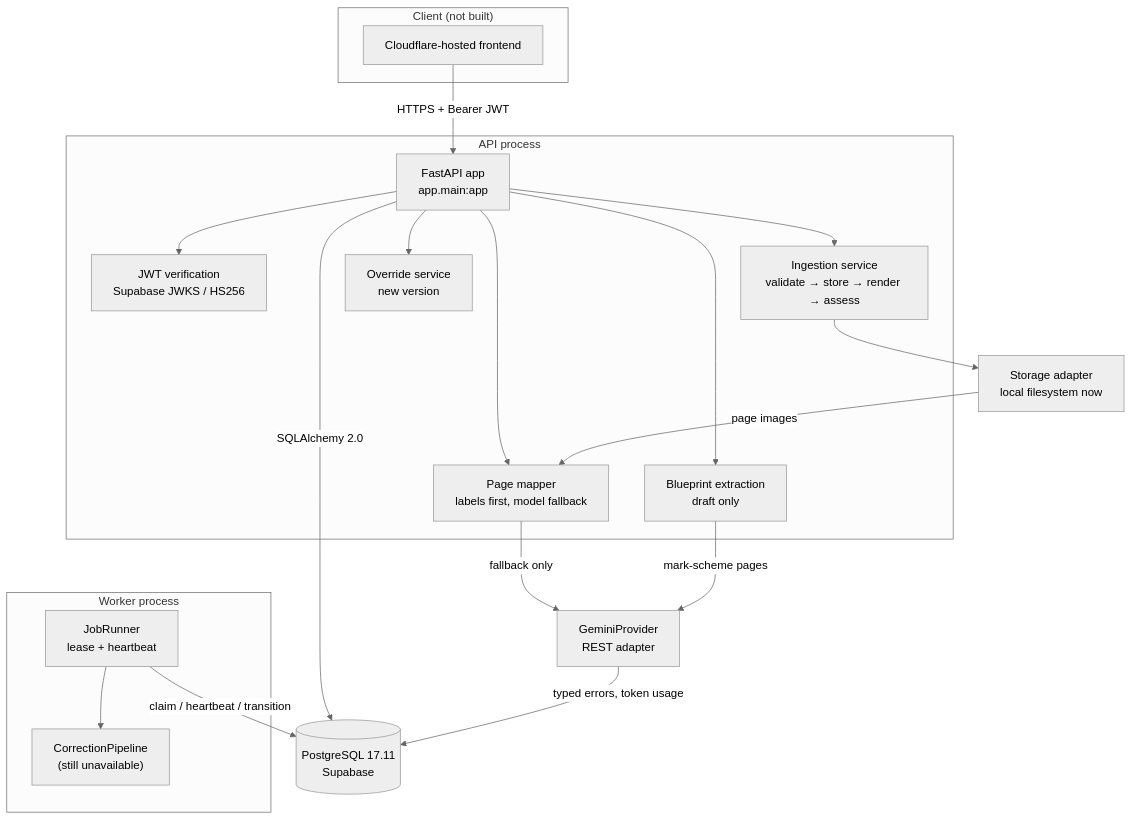
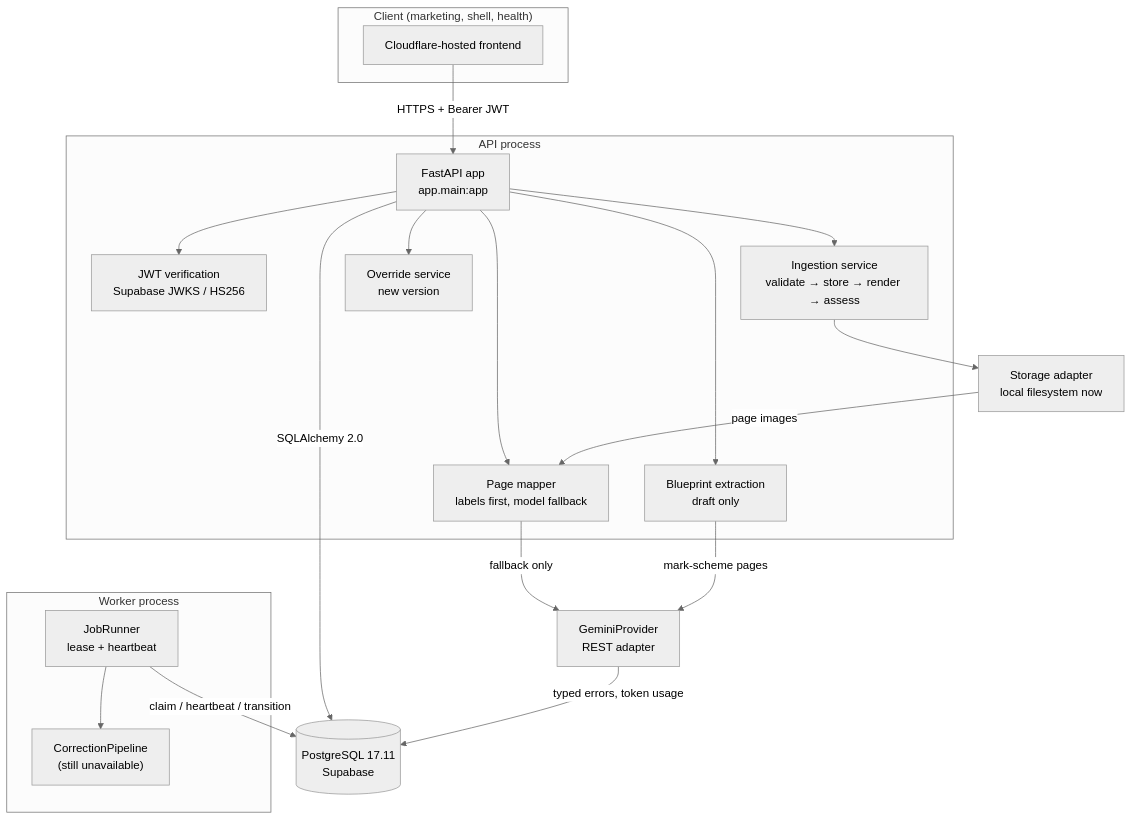
Before and after one commit to AetherRIP/Aetrix_V5.5: the diagram in docs/engine/architecture/SYSTEM_OVERVIEW.md, drawn with Mermaid (neutral theme). The commit also changed other lines of this file and 204 other files, not shown here.

````diff
--- a/docs/engine/architecture/SYSTEM_OVERVIEW.md
+++ b/docs/engine/architecture/SYSTEM_OVERVIEW.md
@@ -28,39 +34,39 @@
 ```mermaid
 flowchart TB
-    subgraph Client["Client (not built)"]
+    subgraph Client["Client (marketing, shell, health)"]
         FE["Cloudflare-hosted frontend"]
     end
 
     subgraph API["API process"]
         APP["FastAPI app<br/>app.main:app"]
         AUTH["JWT verification<br/>Supabase JWKS / HS256"]
         ING["Ingestion service<br/>validate → store → render → assess"]
         MAP["Page mapper<br/>labels first, model fallback"]
         EXT["Blueprint extraction<br/>draft only"]
         OVR["Override service<br/>new version"]
     end
 
     subgraph Worker["Worker process"]
         RUN["JobRunner<br/>lease + heartbeat"]
         PIPE["CorrectionPipeline<br/>(still unavailable)"]
     end
 
     DB[("PostgreSQL 17.11<br/>Supabase")]
     STORE["Storage adapter<br/>local filesystem now"]
     LLM["GeminiProvider<br/>REST adapter"]
 
     FE -->|HTTPS + Bearer JWT| APP
     APP --> AUTH
     APP -->|SQLAlchemy 2.0| DB
     APP --> ING
     ING --> STORE
     APP --> MAP
     APP --> EXT
     APP --> OVR
     MAP -->|fallback only| LLM
     EXT -->|mark-scheme pages| LLM
     LLM -->|typed errors, token usage| DB
     STORE -->|page images| MAP
     RUN -->|claim / heartbeat / transition| DB
     RUN --> PIPE
 ```
````
